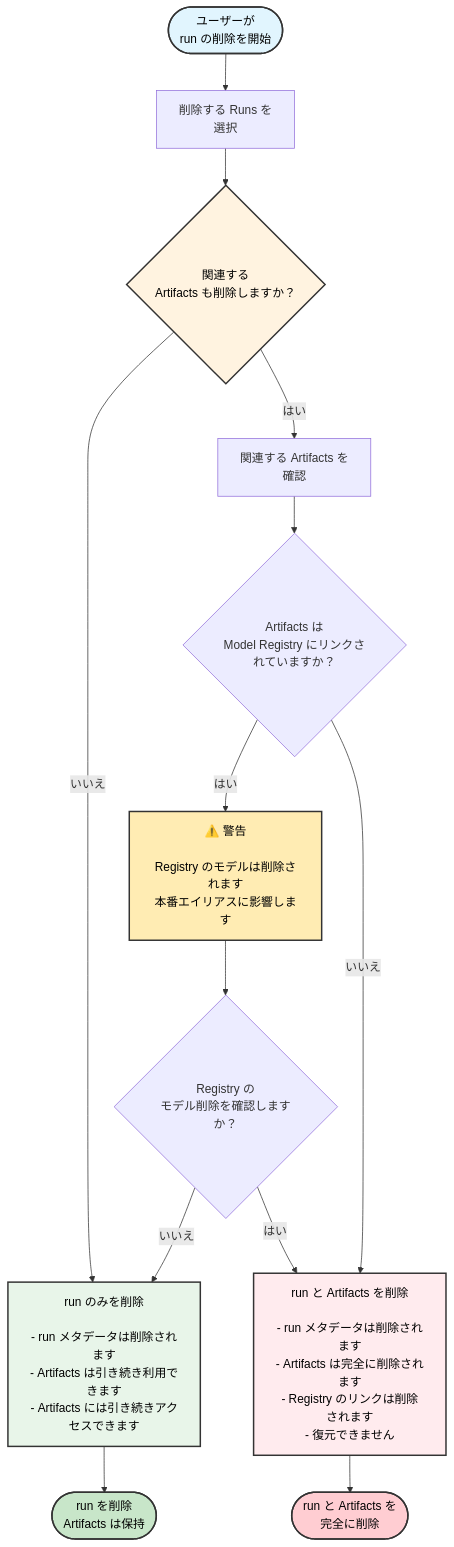
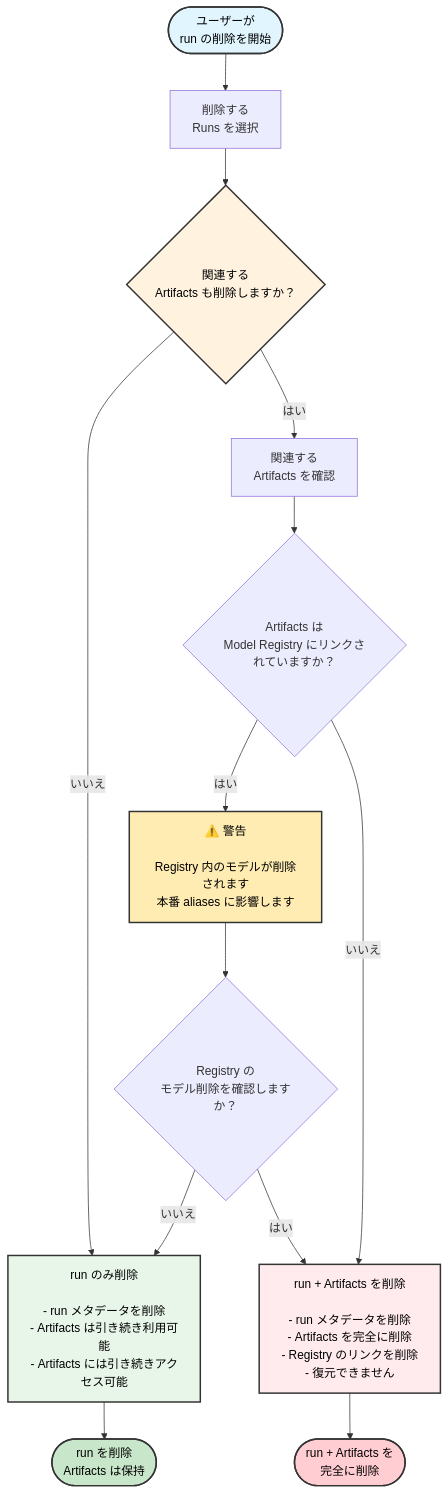
Before and after one commit to wandb/docs: the diagram in ja/models/runs/delete-runs.mdx, drawn with Mermaid. The commit also changed other lines of this file and 149 other files, not shown here.

````diff
--- a/ja/models/runs/delete-runs.mdx
+++ b/ja/models/runs/delete-runs.mdx
@@ -57,22 +57,22 @@
 ```mermaid
 graph TB
-    Start([ユーザーが<br/>run の削除を開始]) --> RunSelect[削除する Runs を<br/>選択]
+    Start([ユーザーが<br/>run の削除を開始]) --> RunSelect[削除する<br/>Runs を選択]
     RunSelect --> DeletePrompt{関連する<br/>Artifacts も削除しますか？}
-    DeletePrompt -->|いいえ| DeleteRunOnly[run のみを削除<br/><br/>- run メタデータは削除されます<br/>- Artifacts は引き続き利用できます<br/>- Artifacts には引き続きアクセスできます]
-    DeletePrompt -->|はい| CheckArtifacts[関連する Artifacts を<br/>確認]
+    DeletePrompt -->|いいえ| DeleteRunOnly[run のみ削除<br/><br/>- run メタデータを削除<br/>- Artifacts は引き続き利用可能<br/>- Artifacts には引き続きアクセス可能]
+    DeletePrompt -->|はい| CheckArtifacts[関連する<br/>Artifacts を確認]
     CheckArtifacts --> HasRegistry{Artifacts は<br/>Model Registry にリンクされていますか？}
-    HasRegistry -->|はい| RegistryWarning[⚠️ 警告<br/><br/>Registry のモデルは削除されます<br/>本番エイリアスに影響します]
+    HasRegistry -->|はい| RegistryWarning[⚠️ 警告<br/><br/>Registry 内のモデルが削除されます<br/>本番 aliases に影響します]
     HasRegistry -->|いいえ| DirectDelete
     RegistryWarning --> ConfirmRegistry{Registry の<br/>モデル削除を確認しますか？}
     ConfirmRegistry -->|いいえ| DeleteRunOnly
-    ConfirmRegistry -->|はい| DirectDelete[run と Artifacts を削除<br/><br/>- run メタデータは削除されます<br/>- Artifacts は完全に削除されます<br/>- Registry のリンクは削除されます<br/>- 復元できません]
+    ConfirmRegistry -->|はい| DirectDelete[run + Artifacts を削除<br/><br/>- run メタデータを削除<br/>- Artifacts を完全に削除<br/>- Registry のリンクを削除<br/>- 復元できません]
     DeleteRunOnly --> PartialEnd([run を削除<br/>Artifacts は保持])
-    DirectDelete --> FullEnd([run と Artifacts を<br/>完全に削除])
+    DirectDelete --> FullEnd([run + Artifacts を<br/>完全に削除])
     style Start fill:#e1f5fe,stroke:#333,stroke-width:2px,color:#000
     style DeletePrompt fill:#fff3e0,stroke:#333,stroke-width:2px,color:#000
     style RegistryWarning fill:#ffecb3,stroke:#333,stroke-width:2px,color:#000
     style DirectDelete fill:#ffebee,stroke:#333,stroke-width:2px,color:#000
     style DeleteRunOnly fill:#e8f5e9,stroke:#333,stroke-width:2px,color:#000
     style PartialEnd fill:#c8e6c9,stroke:#333,stroke-width:2px,color:#000
     style FullEnd fill:#ffcdd2,stroke:#333,stroke-width:2px,color:#000
 ```
````
